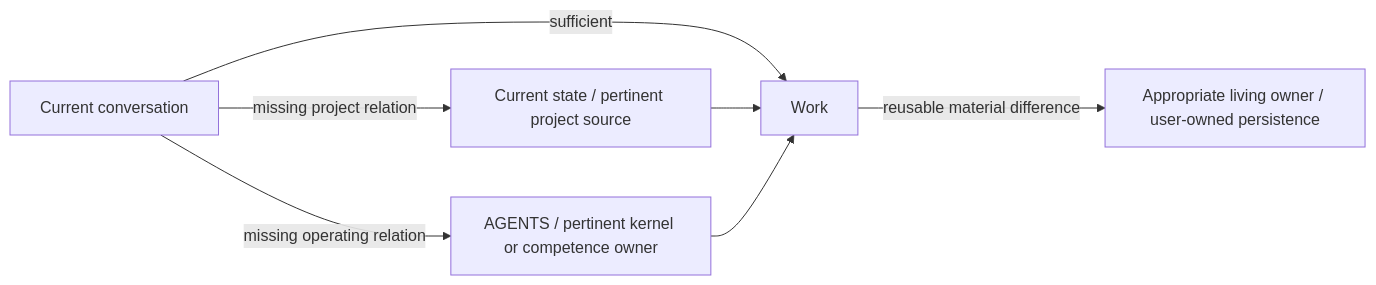
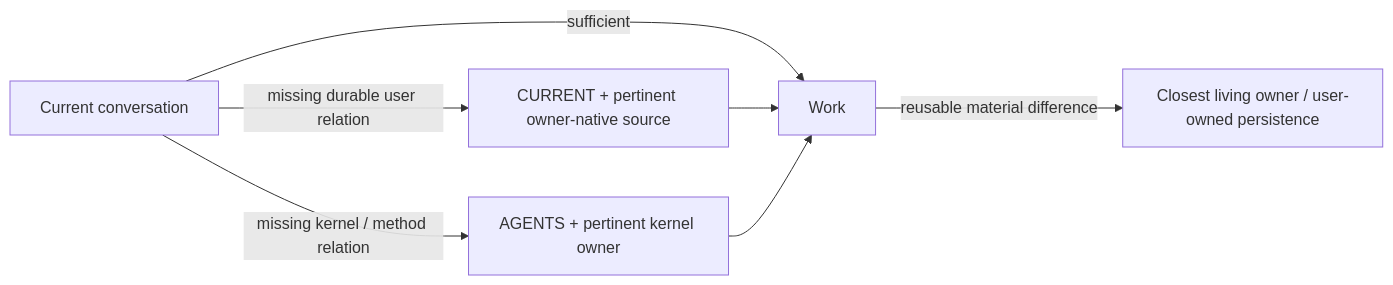
Before and after one commit to GrazianoGuiducci/kernel_chat: the diagram in README.md, drawn with Mermaid. The commit also changed other lines of this file and 28 other files, not shown here.

Commit message:
Publish kernel_chat 0.6.0 source

````diff
--- a/README.md
+++ b/README.md
@@ -40,9 +35,9 @@
 ```mermaid
 flowchart LR
     A[Current conversation] -->|sufficient| B[Work]
-    A -->|missing project relation| C[Current state / pertinent project source]
+    A -->|missing durable user relation| C[CURRENT + pertinent owner-native source]
     C --> B
-    A -->|missing operating relation| D[AGENTS / pertinent kernel or competence owner]
+    A -->|missing kernel / method relation| D[AGENTS + pertinent kernel owner]
     D --> B
-    B -->|reusable material difference| E[Appropriate living owner / user-owned persistence]
+    B -->|reusable material difference| E[Closest living owner / user-owned persistence]
 ```
````
